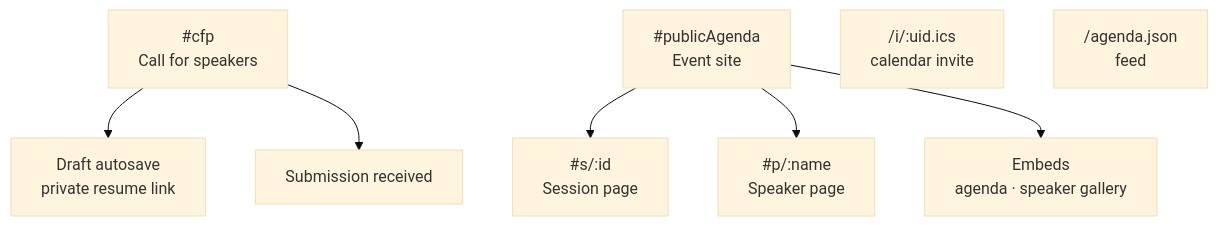
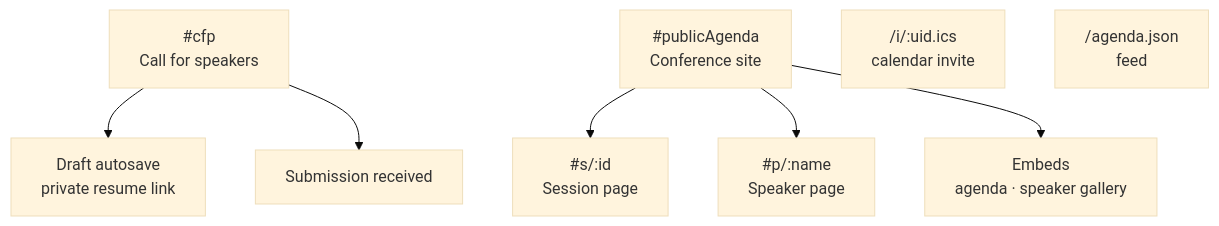
One commit to Stage-11-Agentics/marquee changed the sixth of 6 diagrams in SITEMAP.md. Above: the diagram before and after it, drawn with Mermaid (base theme). The commit also changed other lines of this file and 2 other files, not shown here.

````diff
--- a/SITEMAP.md
+++ b/SITEMAP.md
@@ -203,14 +203,14 @@
 ```mermaid
 flowchart TD
   CFP["#cfp<br/>Call for speakers"]
   CFP --> Draft["Draft autosave<br/>private resume link"]
   CFP --> Submitted["Submission received"]
 
-  Site["#publicAgenda<br/>Event site"]
+  Site["#publicAgenda<br/>Conference site"]
   Site --> Sess["#s/:id<br/>Session page"]
   Site --> Spk["#p/:name<br/>Speaker page"]
   Site --> Embed["Embeds<br/>agenda · speaker gallery"]
 
   Cal["/i/:uid.ics<br/>calendar invite"]
   Feed["/agenda.json<br/>feed"]
 ```
````
